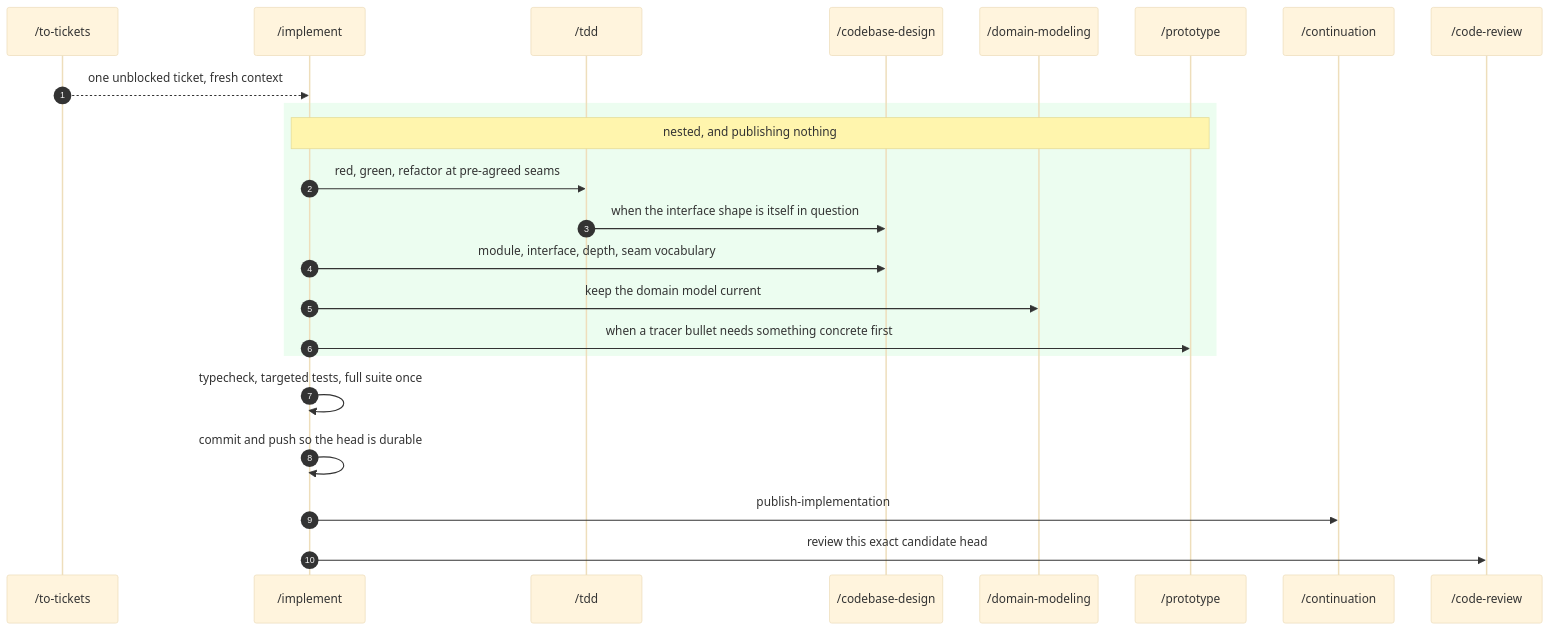
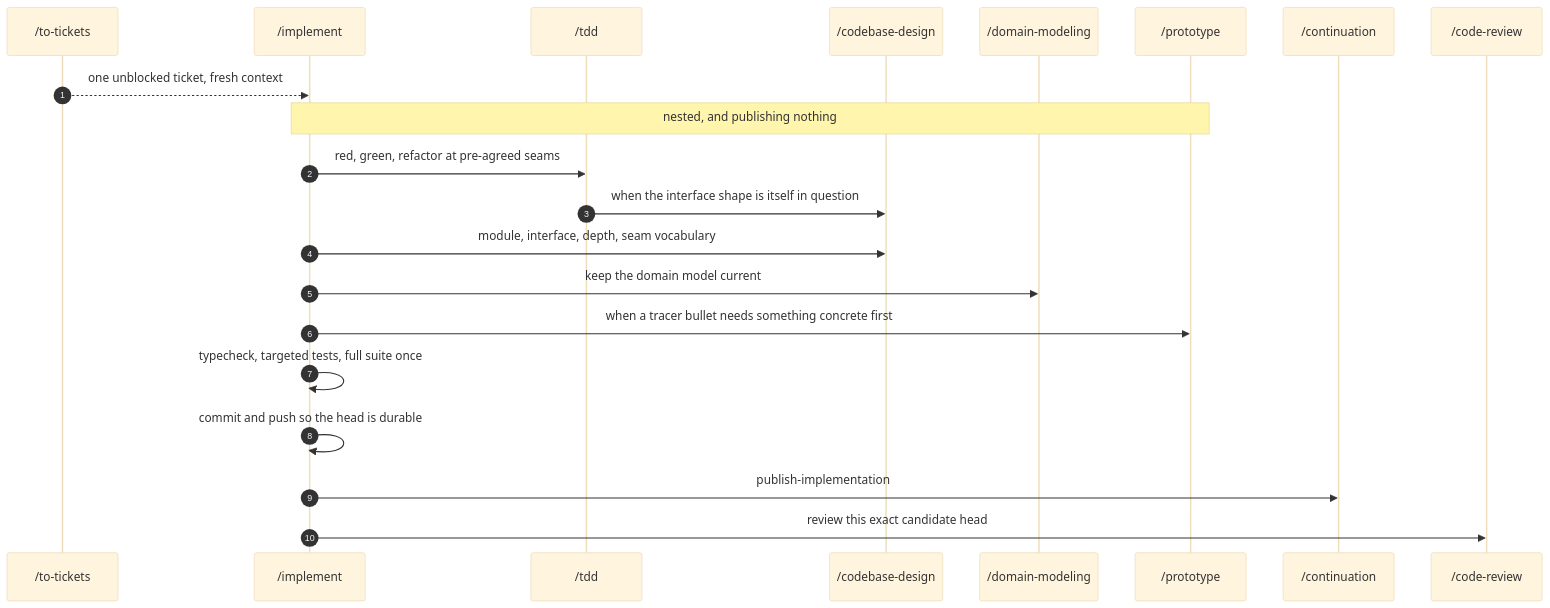
The seventh of 12 diagrams in docs/skill-connections.md (bradcstevens/git-loopy-skills), drawn with Mermaid (base theme) before and after one commit. The commit also changed other lines of this file and 35 other files, not shown here.

````diff
--- a/docs/skill-connections.md
+++ b/docs/skill-connections.md
@@ -341,28 +338,26 @@
 ```mermaid
 sequenceDiagram
     autonumber
     participant TT as /to-tickets
     participant IM as /implement
     participant TD as /tdd
     participant CD as /codebase-design
     participant DM as /domain-modeling
     participant PR as /prototype
     participant CN as /continuation
     participant CR as /code-review
 
     TT-->>IM: one unblocked ticket, fresh context
 
-    rect rgb(236, 253, 240)
     Note over IM,PR: nested, and publishing nothing
     IM->>TD: red, green, refactor at pre-agreed seams
     TD->>CD: when the interface shape is itself in question
     IM->>CD: module, interface, depth, seam vocabulary
     IM->>DM: keep the domain model current
     IM->>PR: when a tracer bullet needs something concrete first
-    end
 
     IM->>IM: typecheck, targeted tests, full suite once
     IM->>IM: commit and push so the head is durable
     IM->>CN: publish-implementation
     IM->>CR: review this exact candidate head
 ```
````
